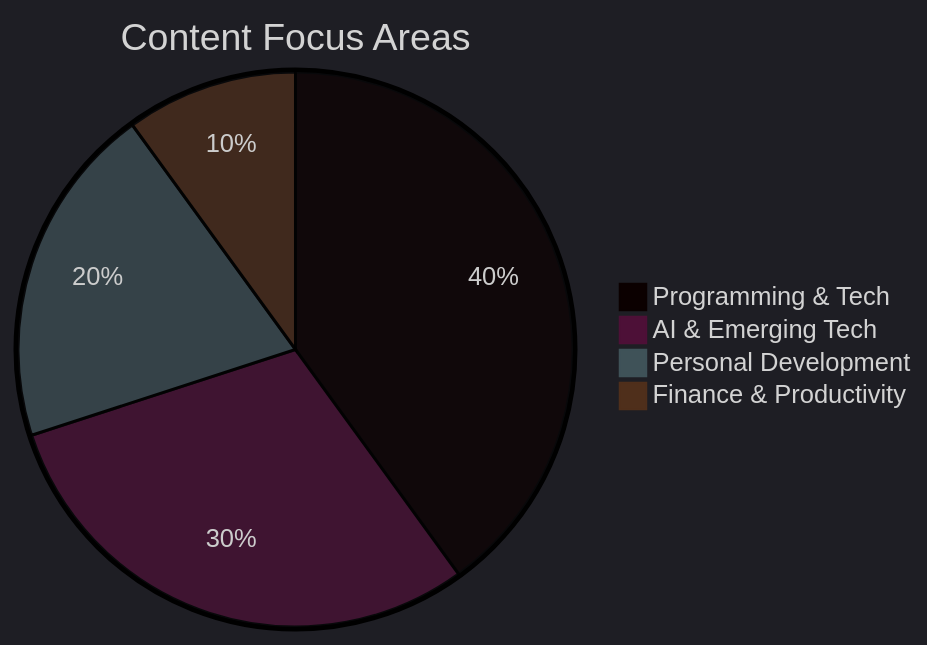
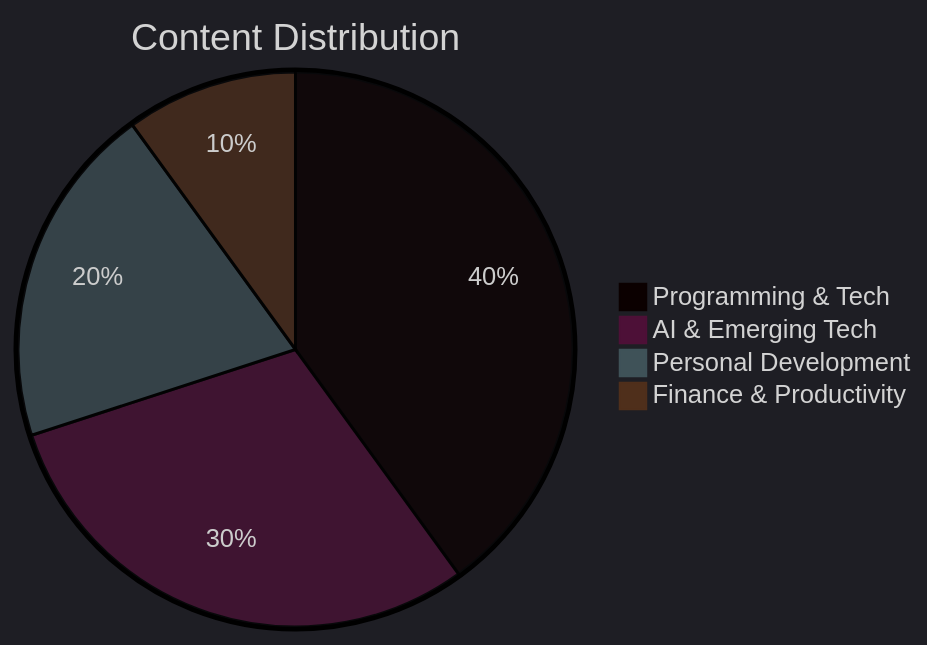
The third of 3 diagrams in README.md (dojicreates/dojicreates), drawn with Mermaid before and after one commit. The commit also changed other lines of this file, not shown here.

````diff
--- a/README.md
+++ b/README.md
@@ -162,8 +213,8 @@
 ```mermaid
 %%{init: {'theme':'dark', 'themeVariables': { 'pieStrokeWidth': '2px', 'pieOuterStrokeWidth': '3px'}}}%%
-pie title Content Focus Areas
+pie title Content Distribution
     "Programming & Tech" : 40
     "AI & Emerging Tech" : 30
     "Personal Development" : 20
     "Finance & Productivity" : 10
 ```
````
